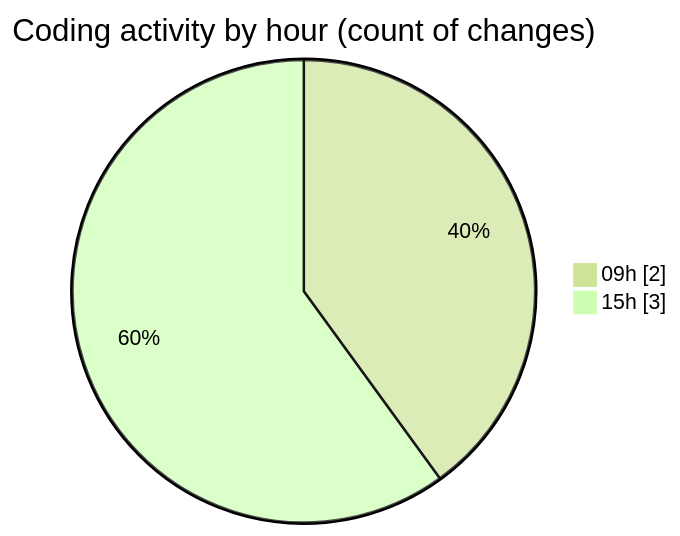
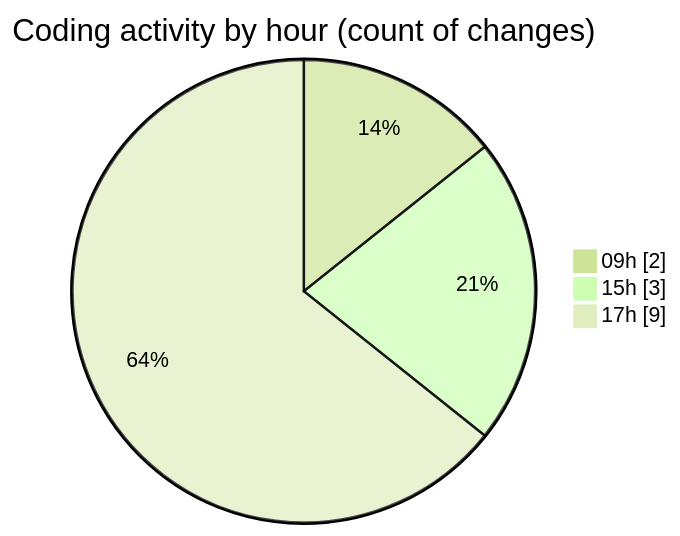
Before and after one commit to julien-gomy/code-tracking: the second of 2 diagrams in 2025-10-20/eventscop-frontend-guide__workspace_/README.md, drawn with Mermaid (forest theme). The commit also changed other lines of this file and 1 other file, not shown here.

````diff
--- a/2025-10-20/eventscop-frontend-guide__workspace_/README.md
+++ b/2025-10-20/eventscop-frontend-guide__workspace_/README.md
@@ -32,6 +34,7 @@
 ```mermaid
 pie showData
 title Coding activity by hour (count of changes)
 "09h" : 2
 "15h" : 3
+"17h" : 9
 ```
````
